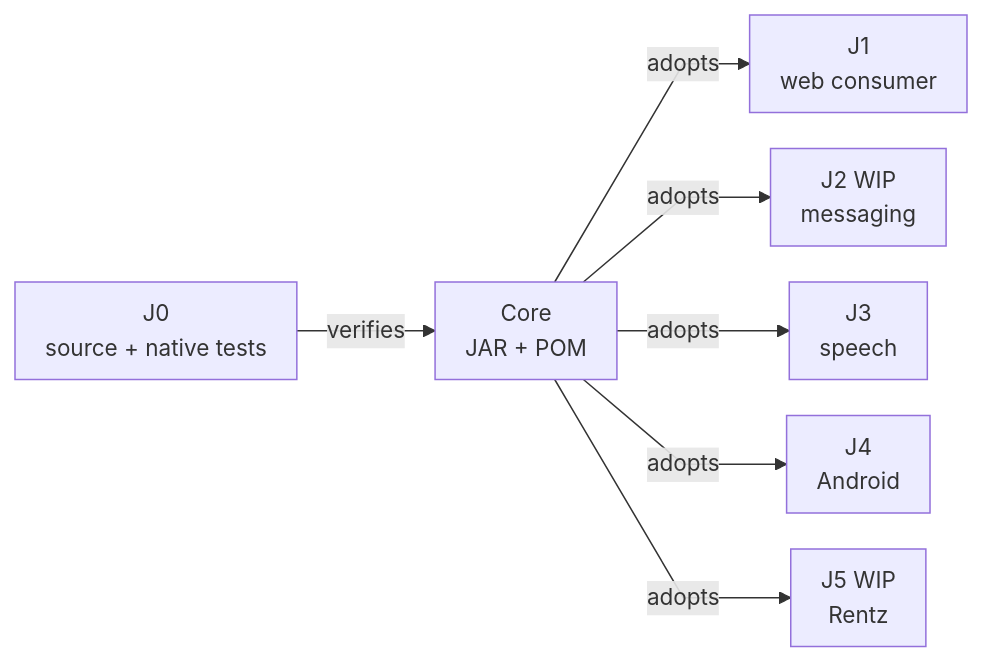
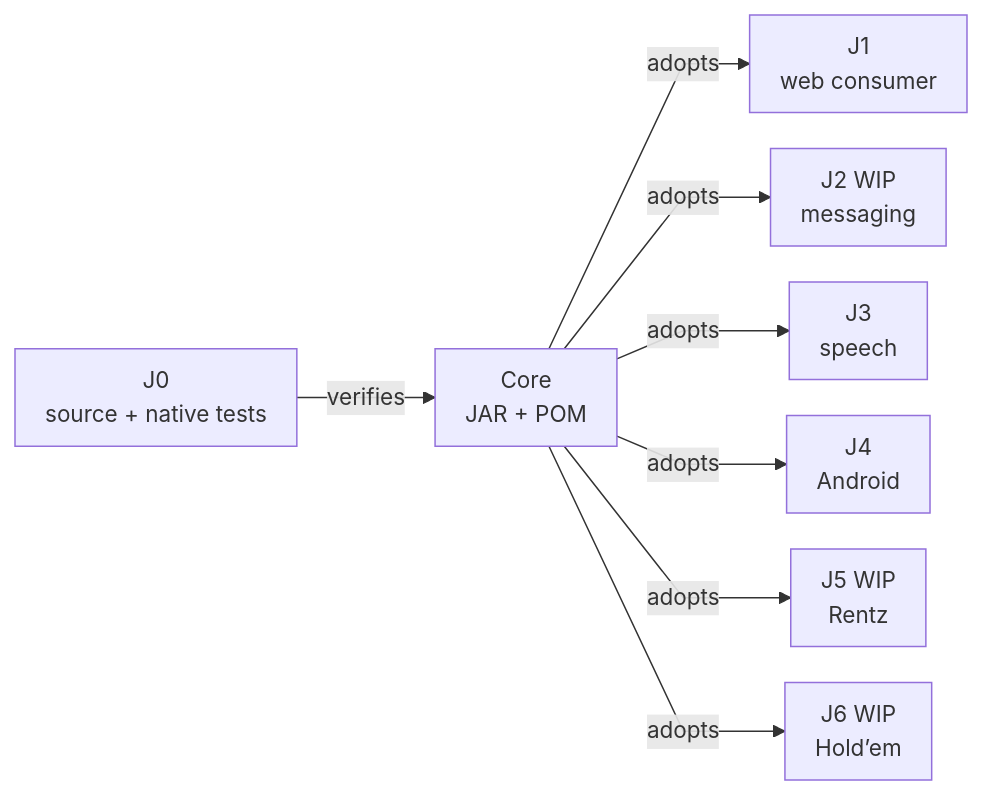
The diagram in docs/ATF_Core_Consumer.md (crististefanita/atf_j0), drawn with Mermaid before and after one commit. The commit also changed 154 other files, not shown here.

````diff
--- a/docs/ATF_Core_Consumer.md
+++ b/docs/ATF_Core_Consumer.md
@@ -49,10 +49,11 @@
 ```mermaid
 %%{init: {"themeVariables":{"fontSize":"15px"},"themeCSS":".nodeLabel, .nodeLabel p { font-size: 15px !important; line-height: 1.35 !important; } .edgeLabel, .edgeLabel p { font-size: 12px !important; font-weight: 400 !important; line-height: 1.2 !important; } .edgeLabel .labelBkg, .edgeLabel p { background: transparent !important; } .edgeLabel foreignObject { transform: translateY(-18px); overflow: visible; } .node rect { rx: 6px; ry: 6px; }","flowchart":{"curve":"linear","nodeSpacing":24,"rankSpacing":40,"padding":10,"diagramPadding":16}}}%%
 flowchart LR
     Owner["J0<br/>source + native tests"] -->|verifies| Binary["Core<br/>JAR + POM"]
     Binary -->|adopts| J1["J1<br/>web consumer"]
     Binary -->|adopts| J2["J2 WIP<br/>messaging"]
     Binary -->|adopts| J3["J3<br/>speech"]
     Binary -->|adopts| J4["J4<br/>Android"]
     Binary -->|adopts| J5["J5 WIP<br/>Rentz"]
+    Binary -->|adopts| J6["J6 WIP<br/>Hold’em"]
 ```
````
